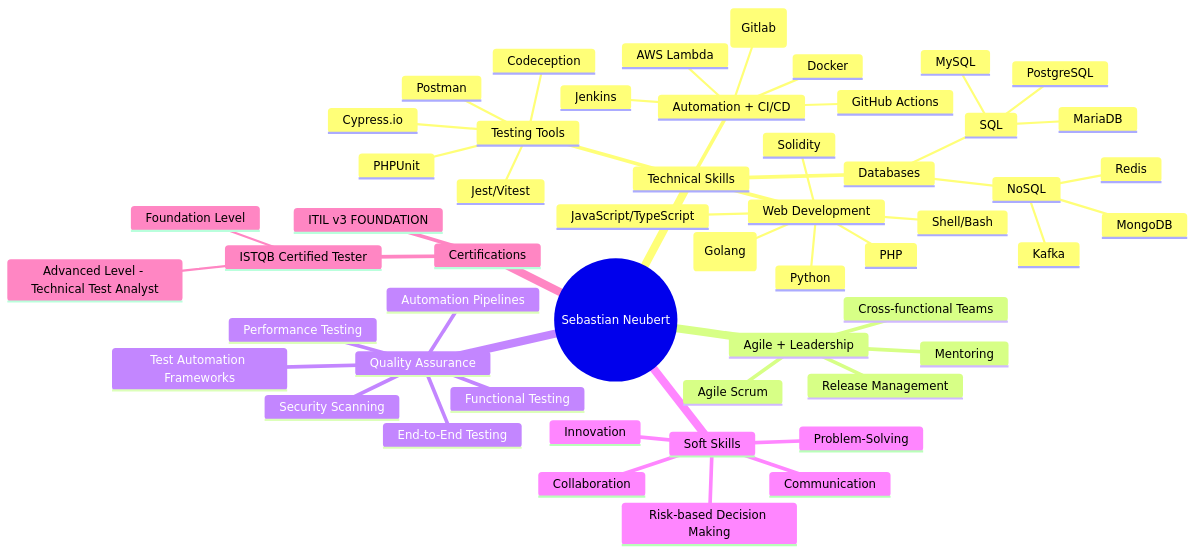
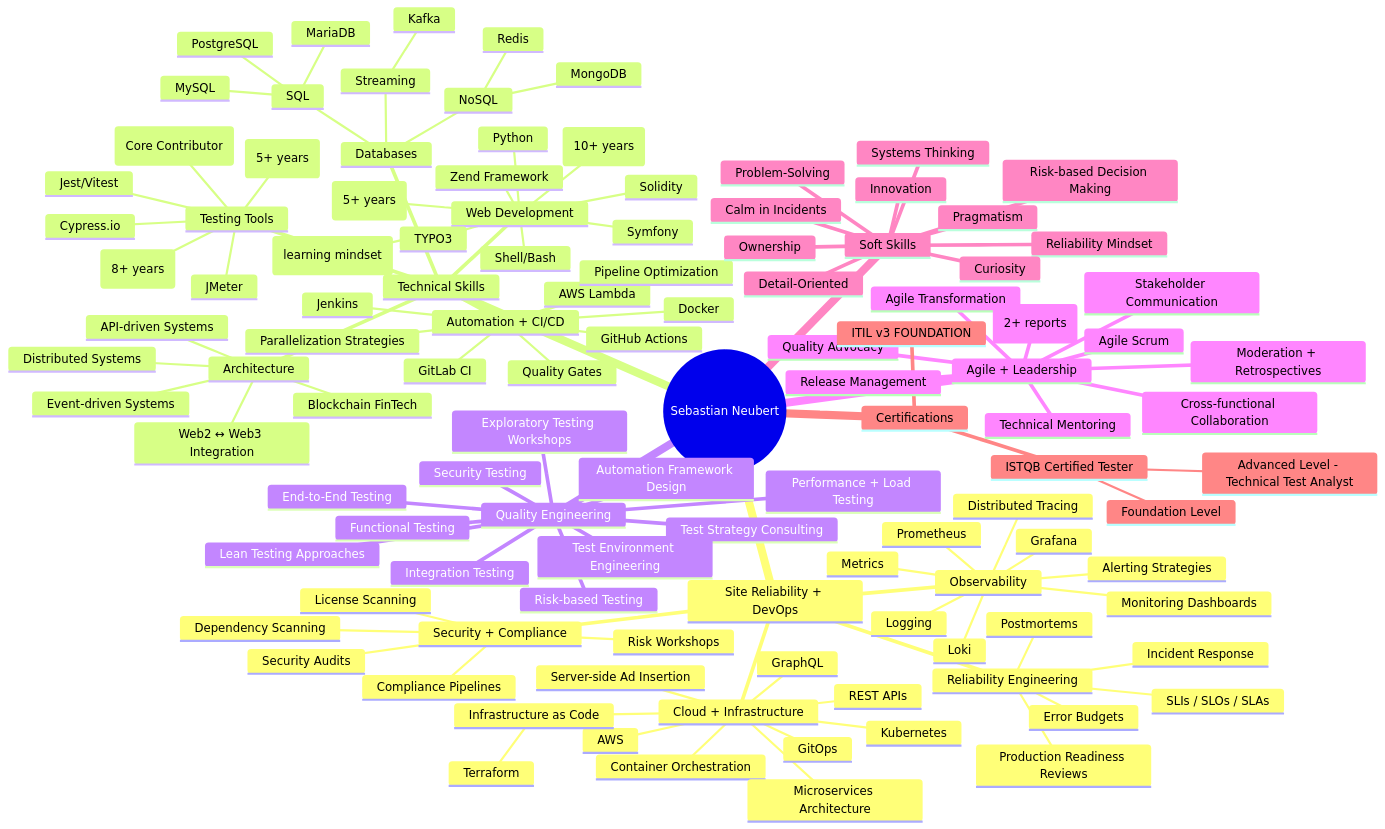
One commit to sebastianneubert/sebastianneubert changed the diagram in README.md. Above: the diagram before and after it, drawn with Mermaid. The commit also changed other lines of this file, not shown here.

Commit message:
Revise README with updated skills and experience
Updated personal description and expanded skillset overview in README.

````diff
--- a/README.md
+++ b/README.md
@@ -7,26 +7,73 @@
 ```mermaid
 mindmap
   root((Sebastian Neubert))
+    Site Reliability + DevOps
+      Reliability Engineering
+        SLIs / SLOs / SLAs
+        Error Budgets
+        Incident Response
+        Postmortems
+        Production Readiness Reviews
+      Observability
+        Metrics
+        Logging
+        Distributed Tracing
+        Prometheus
+        Grafana
+        Loki
+        Alerting Strategies
+        Monitoring Dashboards
+      Cloud + Infrastructure
+        AWS
+        Infrastructure as Code
+          Terraform
+        Kubernetes
+        GitOps
+        Container Orchestration
+        Microservices Architecture
+        REST APIs
+        GraphQL
+        Server-side Ad Insertion
+      Security + Compliance
+        Security Audits
+        Dependency Scanning
+        License Scanning
+        Compliance Pipelines
+        Risk Workshops
+
     Technical Skills
       Web Development
-        PHP
-        JavaScript/TypeScript
+        PHP (10+ years)
+        JavaScript/TypeScript (5+ years)
         Python
         Shell/Bash
         Solidity
-        Go (Golang)
+        Go (learning mindset)
+        Symfony
+        Zend Framework
+        TYPO3
+      Architecture
+        Distributed Systems
+        Event-driven Systems
+        API-driven Systems
+        Blockchain FinTech
+        Web2 ↔ Web3 Integration
       Testing Tools
         Cypress.io
-        Codeception
-        PHPUnit
+        Codeception (Core Contributor)
+        PHPUnit (8+ years)
         Jest/Vitest
-        Postman
+        Postman (5+ years)
+        JMeter
       Automation + CI/CD
-        (Gitlab)
+        GitLab CI
+        GitHub Actions
         Jenkins
         Docker
         AWS Lambda
-        GitHub Actions
+        Pipeline Optimization
+        Parallelization Strategies
+        Quality Gates
       Databases
         SQL
           MySQL
@@ -35,25 +82,45 @@
         NoSQL
           MongoDB
           Redis
+        Streaming
           Kafka
+
+    Quality Engineering
+      End-to-End Testing
+      Functional Testing
+      Integration Testing
+      Performance + Load Testing
+      Security Testing
+      Risk-based Testing
+      Lean Testing Approaches
+      Test Strategy Consulting
+      Test Environment Engineering
+      Automation Framework Design
+      Exploratory Testing Workshops
+
     Agile + Leadership
       Agile Scrum
-      Cross-functional Teams
-      Mentoring
+      Agile Transformation
+      Cross-functional Collaboration
+      Technical Mentoring
+      Team Leadership (2+ reports)
       Release Management
-    Quality Assurance
-      End-to-End Testing
-      Functional Testing
-      Performance Testing
-      Security Scanning
-      Automation Pipelines
-      Test Automation Frameworks
+      Moderation + Retrospectives
+      Stakeholder Communication
+      Quality Advocacy
+
     Soft Skills
-      Collaboration
+      Reliability Mindset
+      Systems Thinking
+      Detail-Oriented
       Problem-Solving
-      Communication
+      Risk-based Decision Making
+      Pragmatism
+      Curiosity
       Innovation
-      Risk-based Decision Making
+      Ownership
+      Calm in Incidents
+
     Certifications
       ISTQB Certified Tester
         Foundation Level
````
